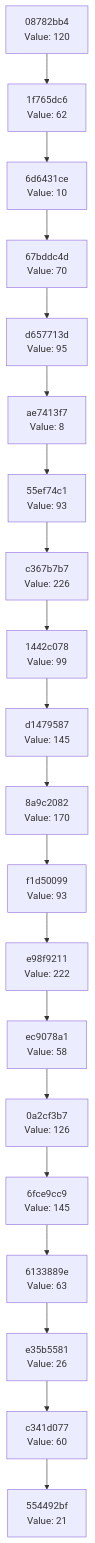
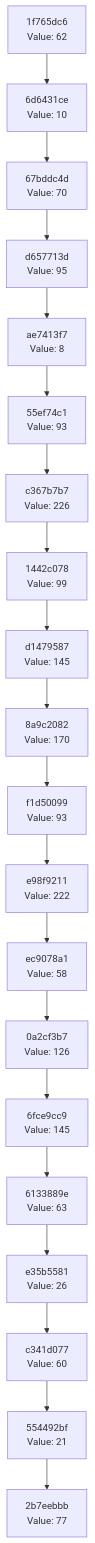
Before and after one commit to Abhisheksinha1506/hash-chain-evolver: the diagram in docs/CHAIN_VISUALIZATION.md, drawn with Mermaid. The commit also changed 2 other files, not shown here.

Commit message:
Evolution Step

````diff
--- a/docs/CHAIN_VISUALIZATION.md
+++ b/docs/CHAIN_VISUALIZATION.md
@@ -3,42 +3,42 @@
 ```mermaid
 graph TD
-    C0["554492bf<br/>Value: 21"]
-    C1["c341d077<br/>Value: 60"]
+    C0["2b7eebbb<br/>Value: 77"]
+    C1["554492bf<br/>Value: 21"]
     C1 --> C0
-    C2["e35b5581<br/>Value: 26"]
+    C2["c341d077<br/>Value: 60"]
     C2 --> C1
-    C3["6133889e<br/>Value: 63"]
+    C3["e35b5581<br/>Value: 26"]
     C3 --> C2
-    C4["6fce9cc9<br/>Value: 145"]
+    C4["6133889e<br/>Value: 63"]
     C4 --> C3
-    C5["0a2cf3b7<br/>Value: 126"]
+    C5["6fce9cc9<br/>Value: 145"]
     C5 --> C4
-    C6["ec9078a1<br/>Value: 58"]
+    C6["0a2cf3b7<br/>Value: 126"]
     C6 --> C5
-    C7["e98f9211<br/>Value: 222"]
+    C7["ec9078a1<br/>Value: 58"]
     C7 --> C6
-    C8["f1d50099<br/>Value: 93"]
+    C8["e98f9211<br/>Value: 222"]
     C8 --> C7
-    C9["8a9c2082<br/>Value: 170"]
+    C9["f1d50099<br/>Value: 93"]
     C9 --> C8
-    C10["d1479587<br/>Value: 145"]
+    C10["8a9c2082<br/>Value: 170"]
     C10 --> C9
-    C11["1442c078<br/>Value: 99"]
+    C11["d1479587<br/>Value: 145"]
     C11 --> C10
-    C12["c367b7b7<br/>Value: 226"]
+    C12["1442c078<br/>Value: 99"]
     C12 --> C11
-    C13["55ef74c1<br/>Value: 93"]
+    C13["c367b7b7<br/>Value: 226"]
     C13 --> C12
-    C14["ae7413f7<br/>Value: 8"]
+    C14["55ef74c1<br/>Value: 93"]
     C14 --> C13
-    C15["d657713d<br/>Value: 95"]
+    C15["ae7413f7<br/>Value: 8"]
     C15 --> C14
-    C16["67bddc4d<br/>Value: 70"]
+    C16["d657713d<br/>Value: 95"]
     C16 --> C15
-    C17["6d6431ce<br/>Value: 10"]
+    C17["67bddc4d<br/>Value: 70"]
     C17 --> C16
-    C18["1f765dc6<br/>Value: 62"]
+    C18["6d6431ce<br/>Value: 10"]
     C18 --> C17
-    C19["08782bb4<br/>Value: 120"]
+    C19["1f765dc6<br/>Value: 62"]
     C19 --> C18
 ```
````
